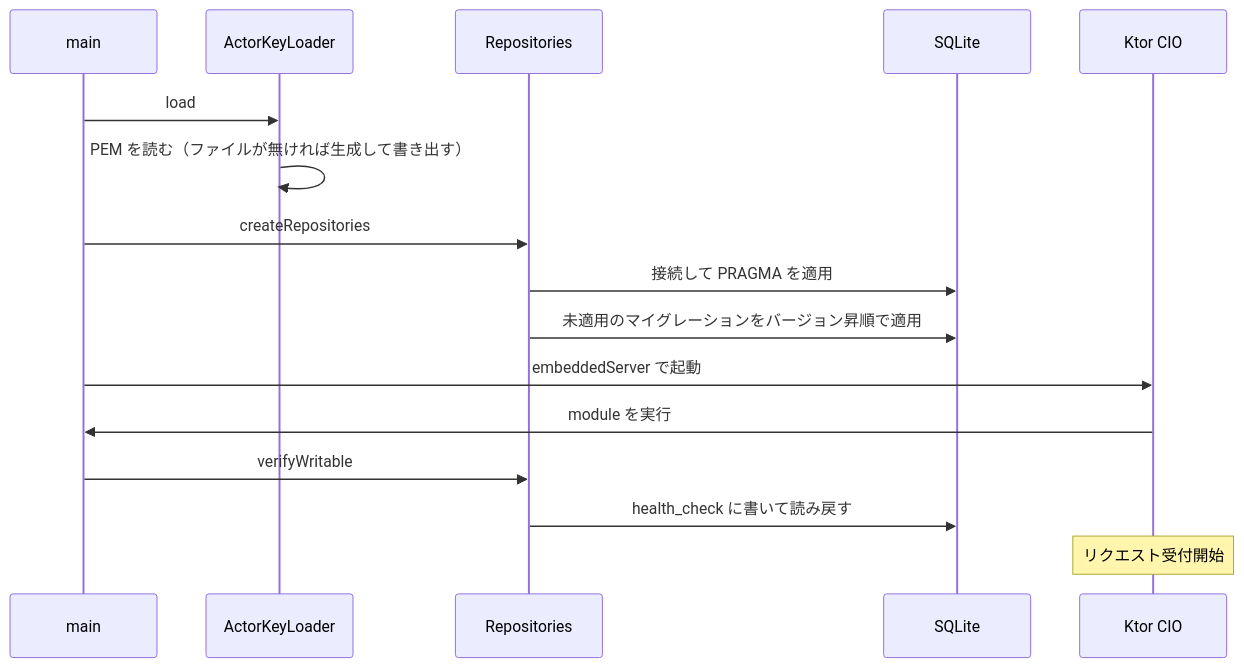
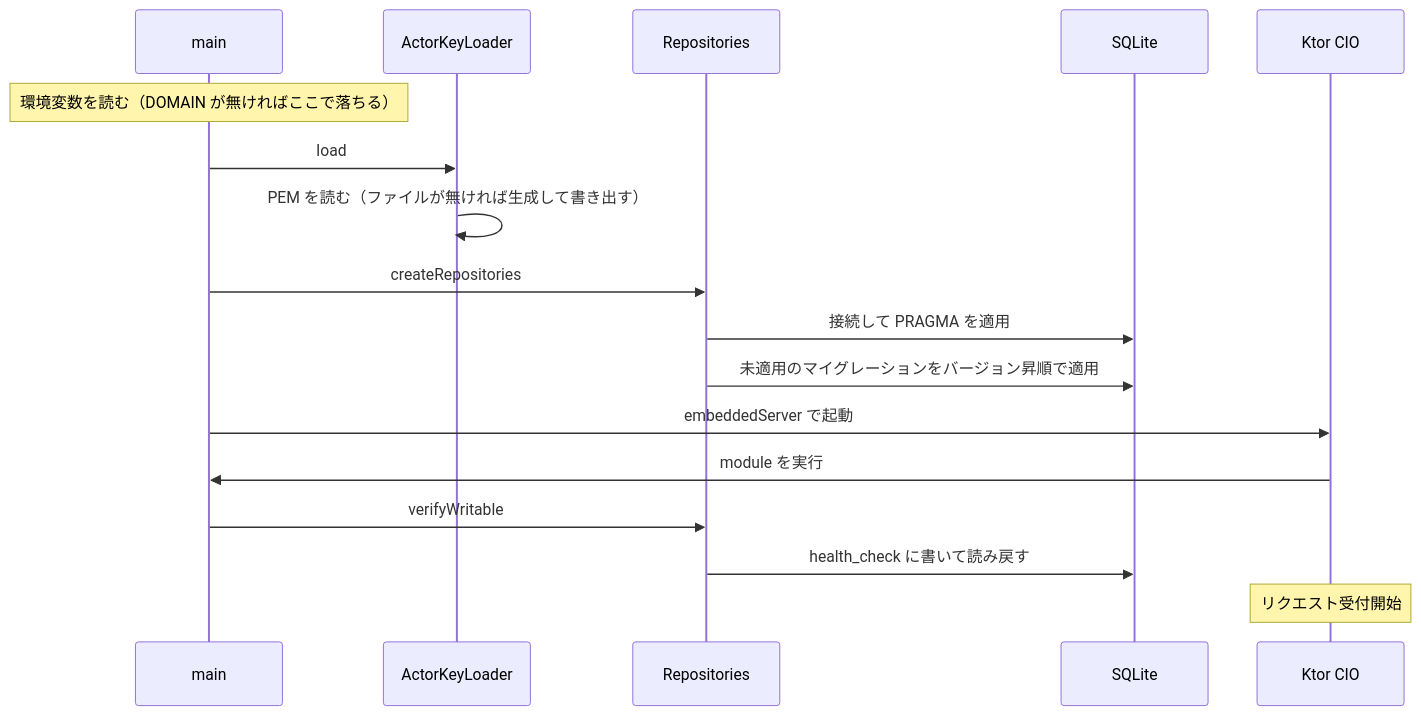
Before and after one commit to matsudamper/mastodon-rss: the second of 2 diagrams in README.md, drawn with Mermaid. The commit also changed other lines of this file and 16 other files, not shown here.

````diff
--- a/README.md
+++ b/README.md
@@ -75,19 +75,20 @@
 ```mermaid
 sequenceDiagram
     participant M as main
     participant A as ActorKeyLoader
     participant R as Repositories
     participant DB as SQLite
     participant K as Ktor CIO
 
+    Note over M: 環境変数を読む（DOMAIN が無ければここで落ちる）
     M->>A: load
     A->>A: PEM を読む（ファイルが無ければ生成して書き出す）
     M->>R: createRepositories
     R->>DB: 接続して PRAGMA を適用
     R->>DB: 未適用のマイグレーションをバージョン昇順で適用
     M->>K: embeddedServer で起動
     K->>M: module を実行
     M->>R: verifyWritable
     R->>DB: health_check に書いて読み戻す
     Note over K: リクエスト受付開始
 ```
````
